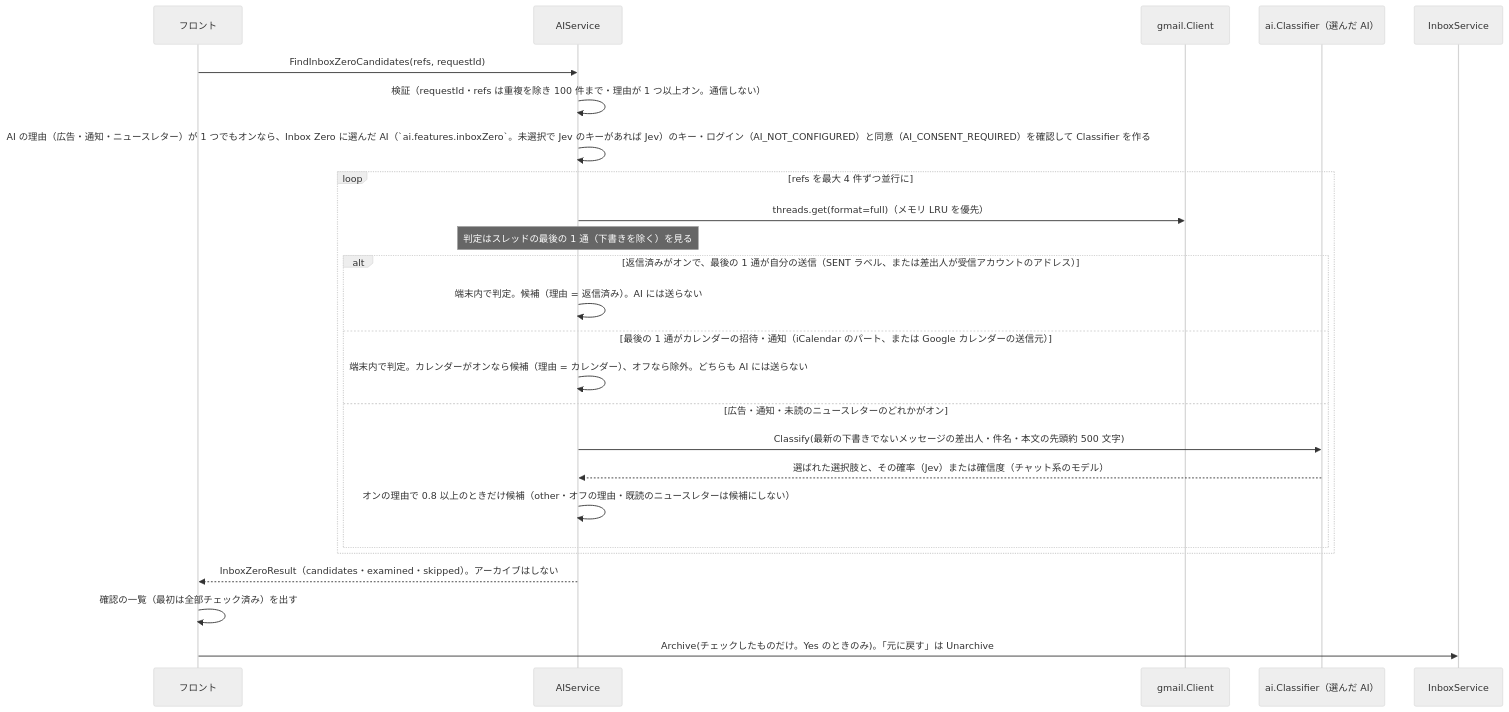
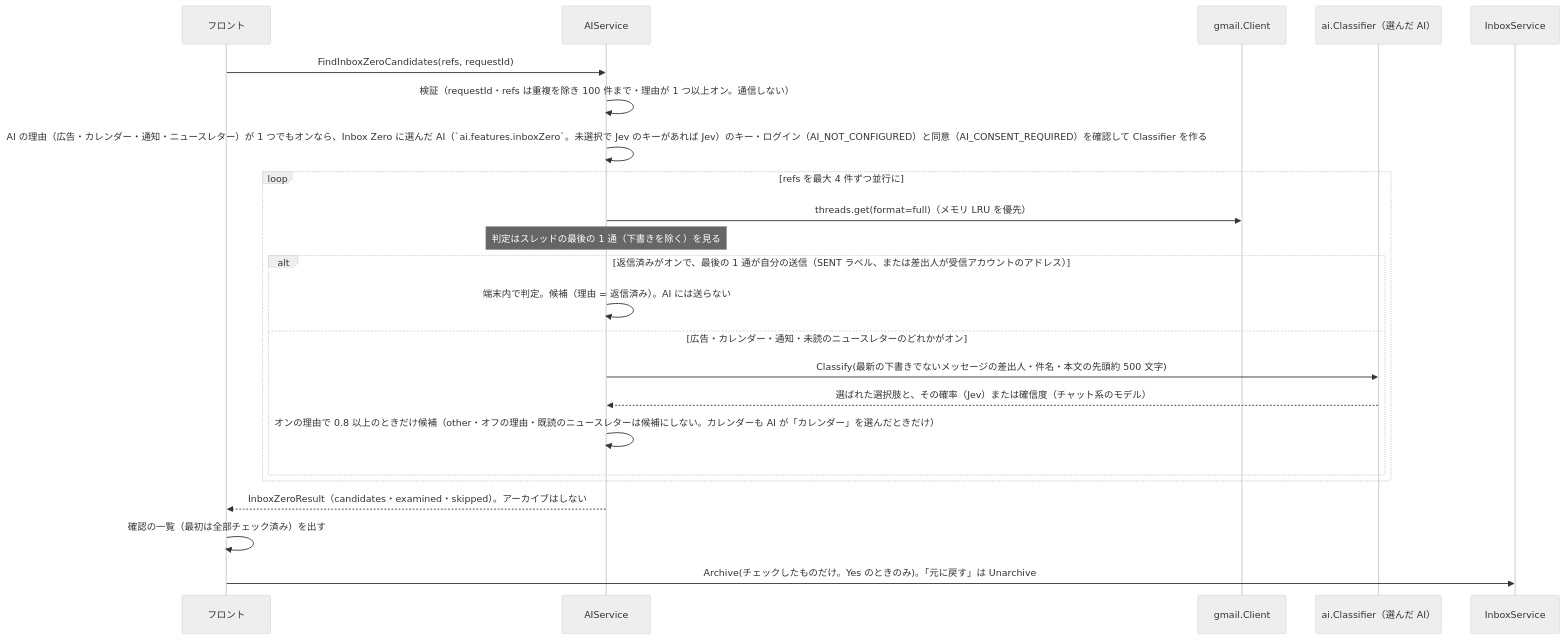
One commit to ousiassllc/hitomado changed the tenth of 10 diagrams in docs/architecture/overview.md. Above: the diagram before and after it, drawn with Mermaid (neutral theme). The commit also changed other lines of this file and 73 other files, not shown here.

````diff
--- a/docs/architecture/overview.md
+++ b/docs/architecture/overview.md
@@ -387,27 +387,25 @@
 ```mermaid
 sequenceDiagram
   participant FE as フロント
   participant AI as AIService
   participant GM as gmail.Client
   participant CL as ai.Classifier（選んだ AI）
   participant IS as InboxService
   FE->>AI: FindInboxZeroCandidates(refs, requestId)
   AI->>AI: 検証（requestId・refs は重複を除き 100 件まで・理由が 1 つ以上オン。通信しない）
-  AI->>AI: AI の理由（広告・通知・ニュースレター）が 1 つでもオンなら、Inbox Zero に選んだ AI（`ai.features.inboxZero`。未選択で Jev のキーがあれば Jev）のキー・ログイン（AI_NOT_CONFIGURED）と同意（AI_CONSENT_REQUIRED）を確認して Classifier を作る
+  AI->>AI: AI の理由（広告・カレンダー・通知・ニュースレター）が 1 つでもオンなら、Inbox Zero に選んだ AI（`ai.features.inboxZero`。未選択で Jev のキーがあれば Jev）のキー・ログイン（AI_NOT_CONFIGURED）と同意（AI_CONSENT_REQUIRED）を確認して Classifier を作る
   loop refs を最大 4 件ずつ並行に
     AI->>GM: threads.get(format=full)（メモリ LRU を優先）
     Note over AI: 判定はスレッドの最後の 1 通（下書きを除く）を見る
     alt 返信済みがオンで、最後の 1 通が自分の送信（SENT ラベル、または差出人が受信アカウントのアドレス）
       AI->>AI: 端末内で判定。候補（理由 = 返信済み）。AI には送らない
-    else 最後の 1 通がカレンダーの招待・通知（iCalendar のパート、または Google カレンダーの送信元）
-      AI->>AI: 端末内で判定。カレンダーがオンなら候補（理由 = カレンダー）、オフなら除外。どちらも AI には送らない
-    else 広告・通知・未読のニュースレターのどれかがオン
+    else 広告・カレンダー・通知・未読のニュースレターのどれかがオン
       AI->>CL: Classify(最新の下書きでないメッセージの差出人・件名・本文の先頭約 500 文字)
       CL-->>AI: 選ばれた選択肢と、その確率（Jev）または確信度（チャット系のモデル）
-      AI->>AI: オンの理由で 0.8 以上のときだけ候補（other・オフの理由・既読のニュースレターは候補にしない）
+      AI->>AI: オンの理由で 0.8 以上のときだけ候補（other・オフの理由・既読のニュースレターは候補にしない。カレンダーも AI が「カレンダー」を選んだときだけ）
     end
   end
   AI-->>FE: InboxZeroResult（candidates・examined・skipped）。アーカイブはしない
   FE->>FE: 確認の一覧（最初は全部チェック済み）を出す
   FE->>IS: Archive(チェックしたものだけ。Yes のときのみ)。「元に戻す」は Unarchive
 ```
````
